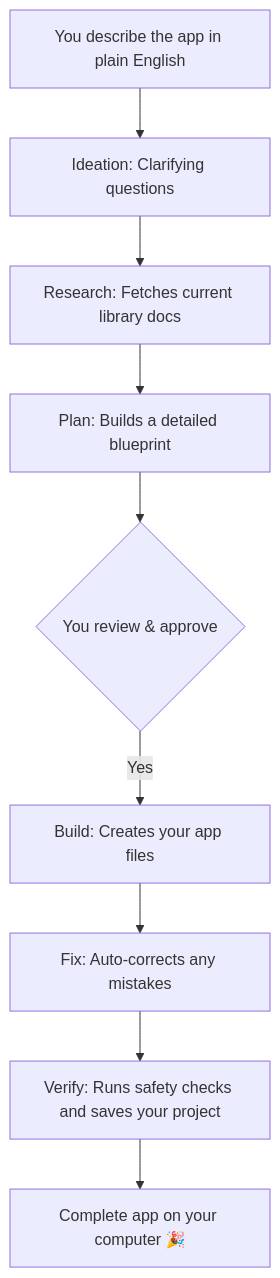
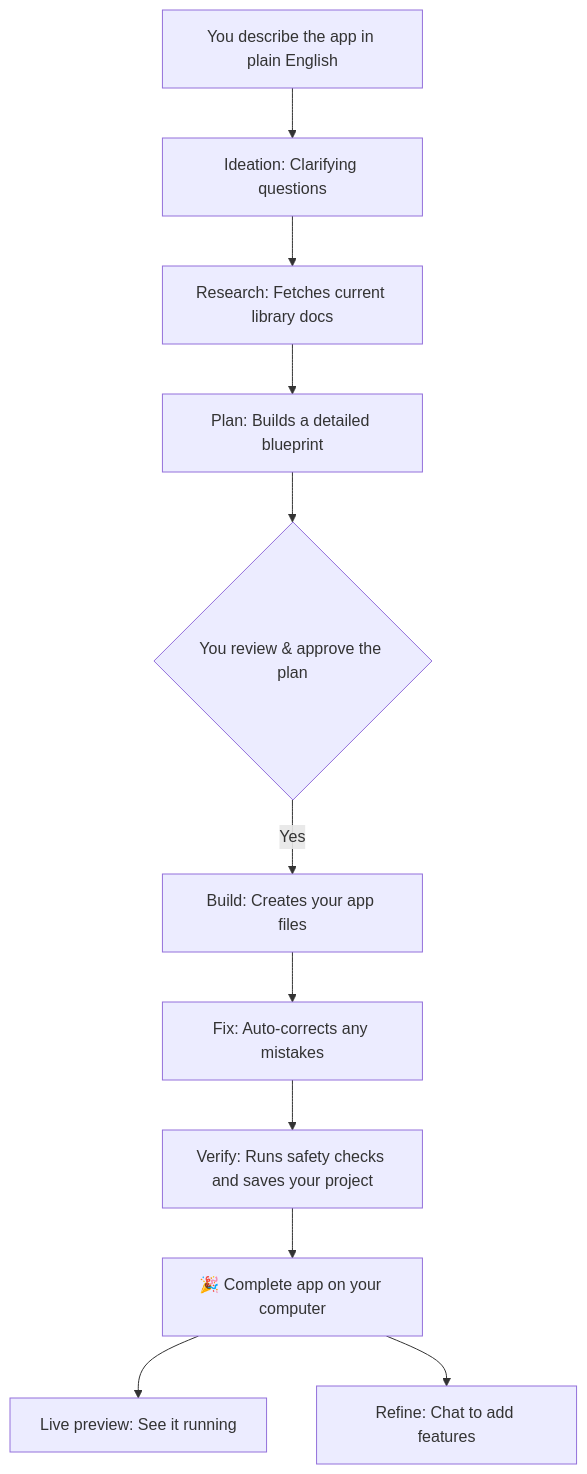
One commit to sarv-projects/pragma_v1 changed the diagram in README.md. Above: the diagram before and after it, drawn with Mermaid. The commit also changed other lines of this file and 1 other file, not shown here.

````diff
--- a/README.md
+++ b/README.md
@@ -98,11 +114,13 @@
 ```mermaid
 flowchart TD
     A[You describe the app in plain English] --> B[Ideation: Clarifying questions]
     B --> C[Research: Fetches current library docs]
     C --> D[Plan: Builds a detailed blueprint]
-    D --> E{You review & approve}
+    D --> E{You review & approve the plan}
     E -->|Yes| F[Build: Creates your app files]
     F --> G[Fix: Auto-corrects any mistakes]
     G --> H[Verify: Runs safety checks and saves your project]
-    H --> I[Complete app on your computer 🎉]
+    H --> I[🎉 Complete app on your computer]
+    I --> J[Live preview: See it running]
+    I --> K[Refine: Chat to add features]
 ```
````
